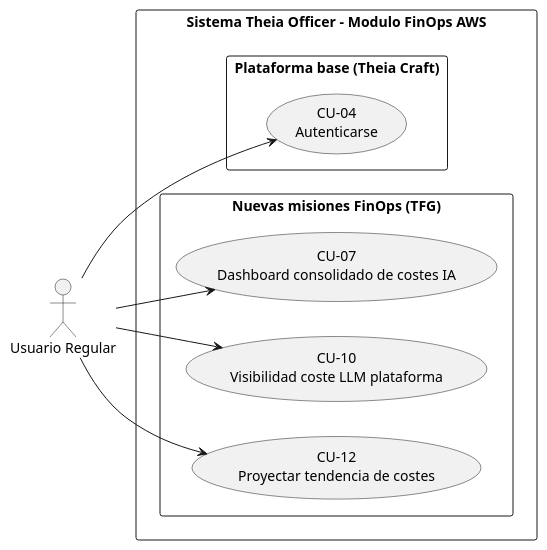
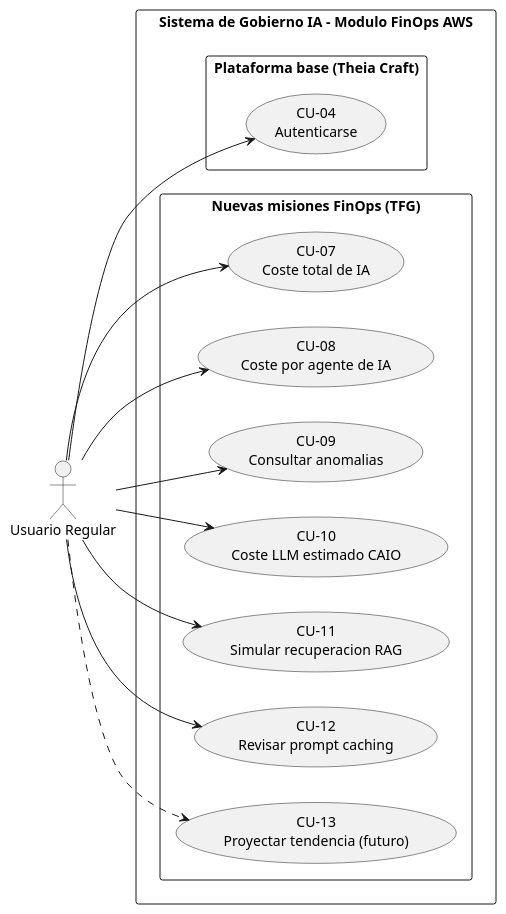
The diagram in Capítulos/Capítulo 2/CdU/UsuarioRegular/UsuarioRegular.puml (JoseSalceda/TFG), drawn with PlantUML before and after one commit. The commit also changed 103 other files, not shown here.

```diff
--- a/Capítulos/Capítulo 2/CdU/UsuarioRegular/UsuarioRegular.puml
+++ b/Capítulos/Capítulo 2/CdU/UsuarioRegular/UsuarioRegular.puml
@@ -1,23 +1,31 @@
 @startuml UsuarioRegular
 left to right direction
 skinparam packageStyle rectangle
 
 actor "Usuario Regular" as Regular
 
-rectangle "Sistema Theia Officer - Modulo FinOps AWS" {
+rectangle "Sistema de Gobierno IA - Modulo FinOps AWS" {
   rectangle "Plataforma base (Theia Craft)" {
     usecase "CU-04\nAutenticarse" as CU04
   }
   rectangle "Nuevas misiones FinOps (TFG)" {
-    usecase "CU-07\nDashboard consolidado de costes IA" as CU07
-    usecase "CU-10\nVisibilidad coste LLM plataforma" as CU10
-    usecase "CU-12\nProyectar tendencia de costes" as CU12
+    usecase "CU-07\nCoste total de IA" as CU07
+    usecase "CU-08\nCoste por agente de IA" as CU08
+    usecase "CU-09\nConsultar anomalias" as CU09
+    usecase "CU-10\nCoste LLM estimado CAIO" as CU10
+    usecase "CU-11\nSimular recuperacion RAG" as CU11
+    usecase "CU-12\nRevisar prompt caching" as CU12
+    usecase "CU-13\nProyectar tendencia (futuro)" as CU13
   }
 }
 
 Regular --> CU04
 Regular --> CU07
+Regular --> CU08
+Regular --> CU09
 Regular --> CU10
+Regular --> CU11
 Regular --> CU12
+Regular ..> CU13
 
 @enduml
```
